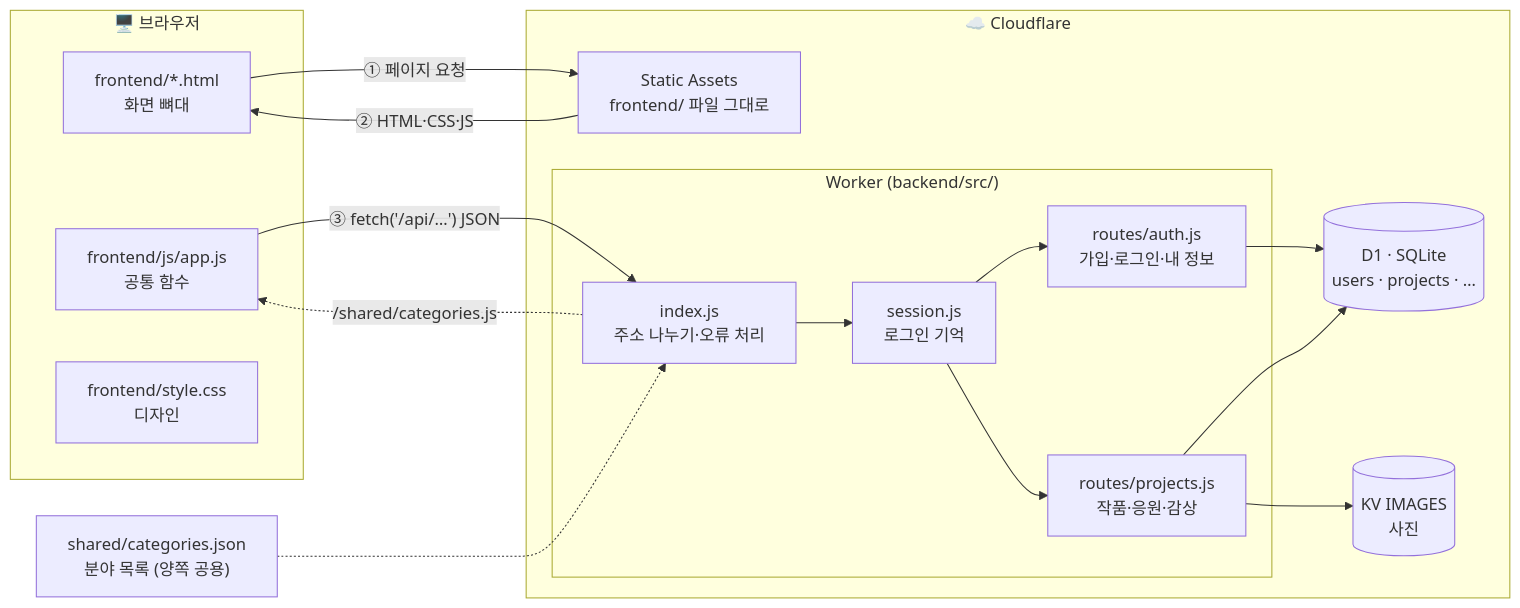
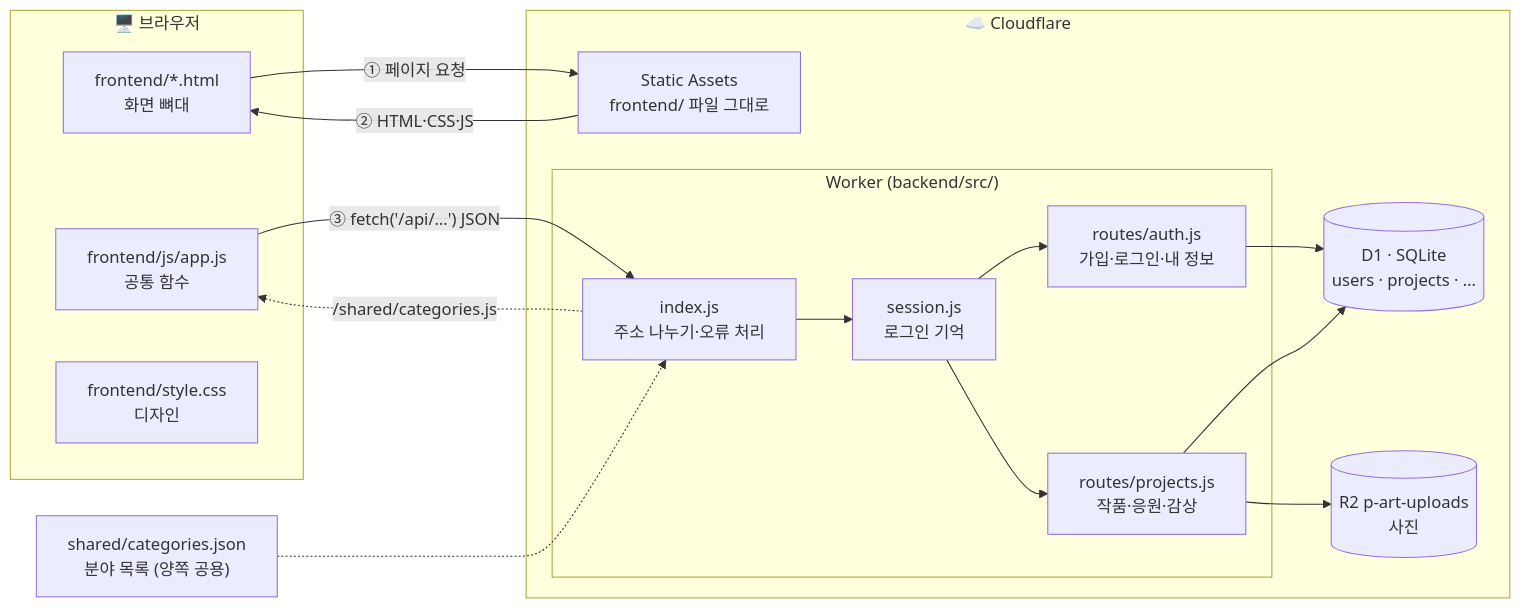
One commit to 10x4hs/p-art changed the first of 8 diagrams in docs/WORKFLOW.md. Above: the diagram before and after it, drawn with Mermaid. The commit also changed other lines of this file and 30 other files, not shown here.

````diff
--- a/docs/WORKFLOW.md
+++ b/docs/WORKFLOW.md
@@ -17,31 +17,31 @@
 ```mermaid
 flowchart LR
   subgraph B["🖥️ 브라우저"]
     H["frontend/*.html<br/>화면 뼈대"]
     J["frontend/js/app.js<br/>공통 함수"]
     C["frontend/style.css<br/>디자인"]
   end
 
   subgraph CF["☁️ Cloudflare"]
     AS["Static Assets<br/>frontend/ 파일 그대로"]
     subgraph W["Worker (backend/src/)"]
       IX["index.js<br/>주소 나누기·오류 처리"]
       SE["session.js<br/>로그인 기억"]
       AU["routes/auth.js<br/>가입·로그인·내 정보"]
       PR["routes/projects.js<br/>작품·응원·감상"]
     end
     D1[("D1 · SQLite<br/>users · projects · …")]
-    KV[("KV IMAGES<br/>사진")]
+    R2[("R2 p-art-uploads<br/>사진")]
   end
 
   SH["shared/categories.json<br/>분야 목록 (양쪽 공용)"]
 
   H -- "① 페이지 요청" --> AS
   AS -- "② HTML·CSS·JS" --> H
   J -- "③ fetch('/api/…') JSON" --> IX
   IX --> SE --> AU & PR
   AU & PR --> D1
-  PR --> KV
+  PR --> R2
   SH -.-> IX
   IX -. "/shared/categories.js" .-> J
 ```
````
